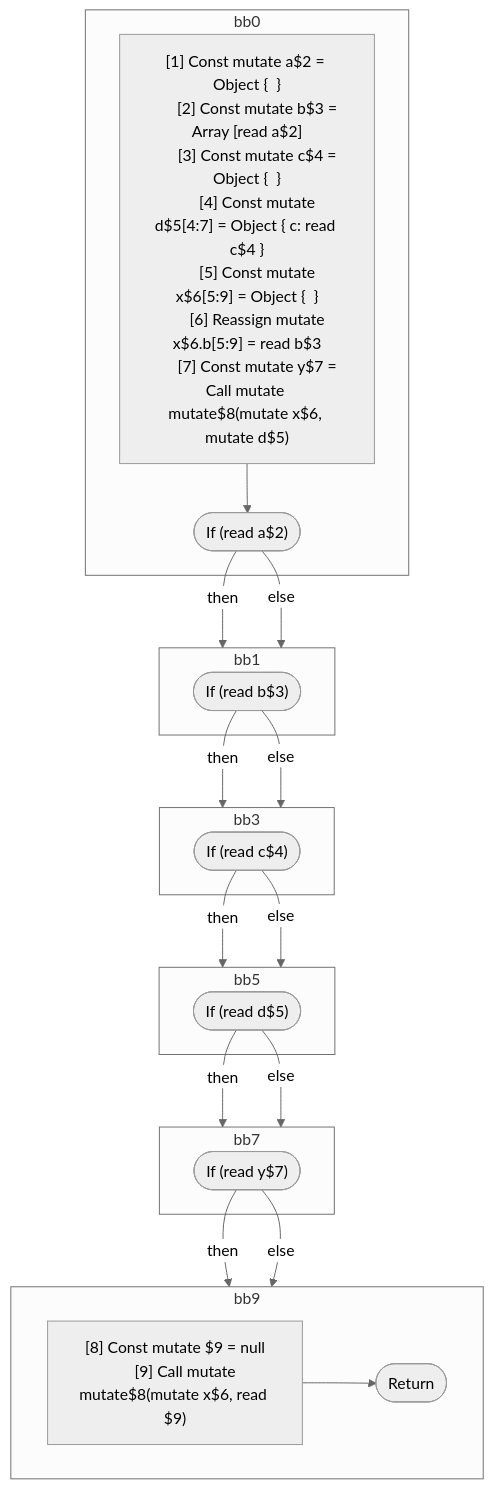
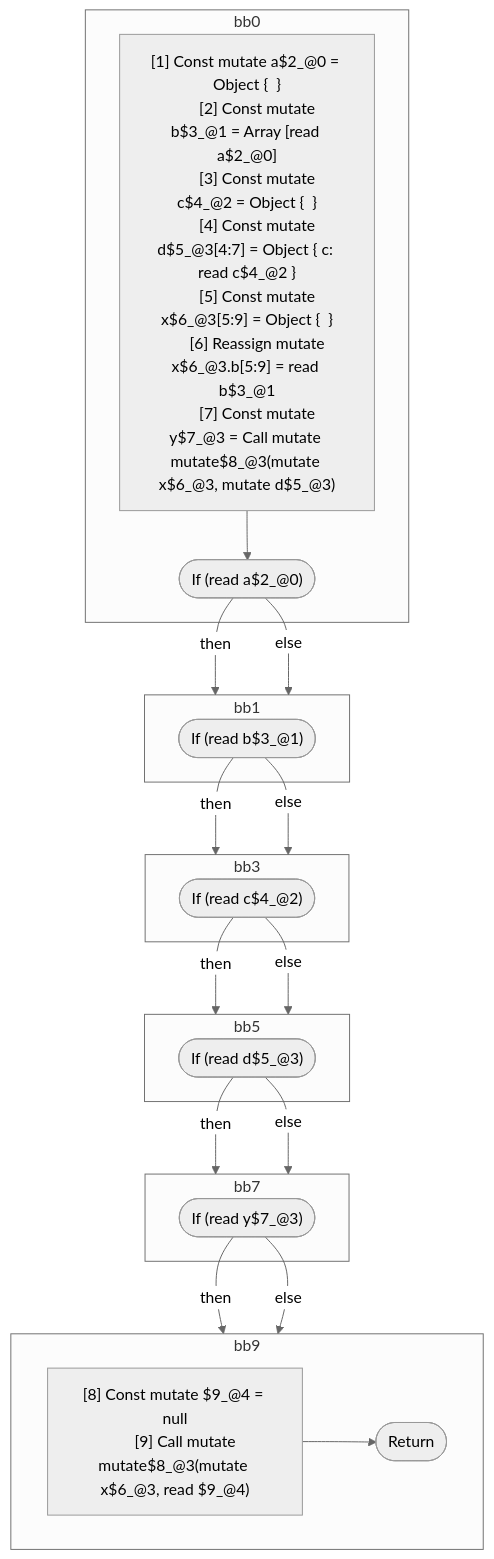
The second of 2 diagrams in compiler/forget/src/__tests__/fixtures/hir/mutable-lifetime-with-aliasing.expect.md (wutsmog/private), drawn with Mermaid (neutral theme) before and after one commit. The commit also changed other lines of this file and 60 other files, not shown here.

````diff
--- a/compiler/forget/src/__tests__/fixtures/hir/mutable-lifetime-with-aliasing.expect.md
+++ b/compiler/forget/src/__tests__/fixtures/hir/mutable-lifetime-with-aliasing.expect.md
@@ -99,48 +99,48 @@
 ```mermaid
 flowchart TB
   %% Basic Blocks
   subgraph bb0
     bb0_instrs["
-      [1] Const mutate a$2 = Object {  }
-      [2] Const mutate b$3 = Array [read a$2]
-      [3] Const mutate c$4 = Object {  }
-      [4] Const mutate d$5[4:7] = Object { c: read c$4 }
-      [5] Const mutate x$6[5:9] = Object {  }
-      [6] Reassign mutate x$6.b[5:9] = read b$3
-      [7] Const mutate y$7 = Call mutate mutate$8(mutate x$6, mutate d$5)
+      [1] Const mutate a$2_@0 = Object {  }
+      [2] Const mutate b$3_@1 = Array [read a$2_@0]
+      [3] Const mutate c$4_@2 = Object {  }
+      [4] Const mutate d$5_@3[4:7] = Object { c: read c$4_@2 }
+      [5] Const mutate x$6_@3[5:9] = Object {  }
+      [6] Reassign mutate x$6_@3.b[5:9] = read b$3_@1
+      [7] Const mutate y$7_@3 = Call mutate mutate$8_@3(mutate x$6_@3, mutate d$5_@3)
     "]
-    bb0_instrs --> bb0_terminal(["If (read a$2)"])
+    bb0_instrs --> bb0_terminal(["If (read a$2_@0)"])
   end
   subgraph bb1
-    bb1_terminal(["If (read b$3)"])
+    bb1_terminal(["If (read b$3_@1)"])
   end
   subgraph bb3
-    bb3_terminal(["If (read c$4)"])
+    bb3_terminal(["If (read c$4_@2)"])
   end
   subgraph bb5
-    bb5_terminal(["If (read d$5)"])
+    bb5_terminal(["If (read d$5_@3)"])
   end
   subgraph bb7
-    bb7_terminal(["If (read y$7)"])
+    bb7_terminal(["If (read y$7_@3)"])
   end
   subgraph bb9
     bb9_instrs["
-      [8] Const mutate $9 = null
-      [9] Call mutate mutate$8(mutate x$6, read $9)
+      [8] Const mutate $9_@4 = null
+      [9] Call mutate mutate$8_@3(mutate x$6_@3, read $9_@4)
     "]
     bb9_instrs --> bb9_terminal(["Return"])
   end
 
   %% Jumps
   bb0_terminal -- then --> bb1
   bb0_terminal -- else --> bb1
   bb1_terminal -- then --> bb3
   bb1_terminal -- else --> bb3
   bb3_terminal -- then --> bb5
   bb3_terminal -- else --> bb5
   bb5_terminal -- then --> bb7
   bb5_terminal -- else --> bb7
   bb7_terminal -- then --> bb9
   bb7_terminal -- else --> bb9
 
 ```
````
